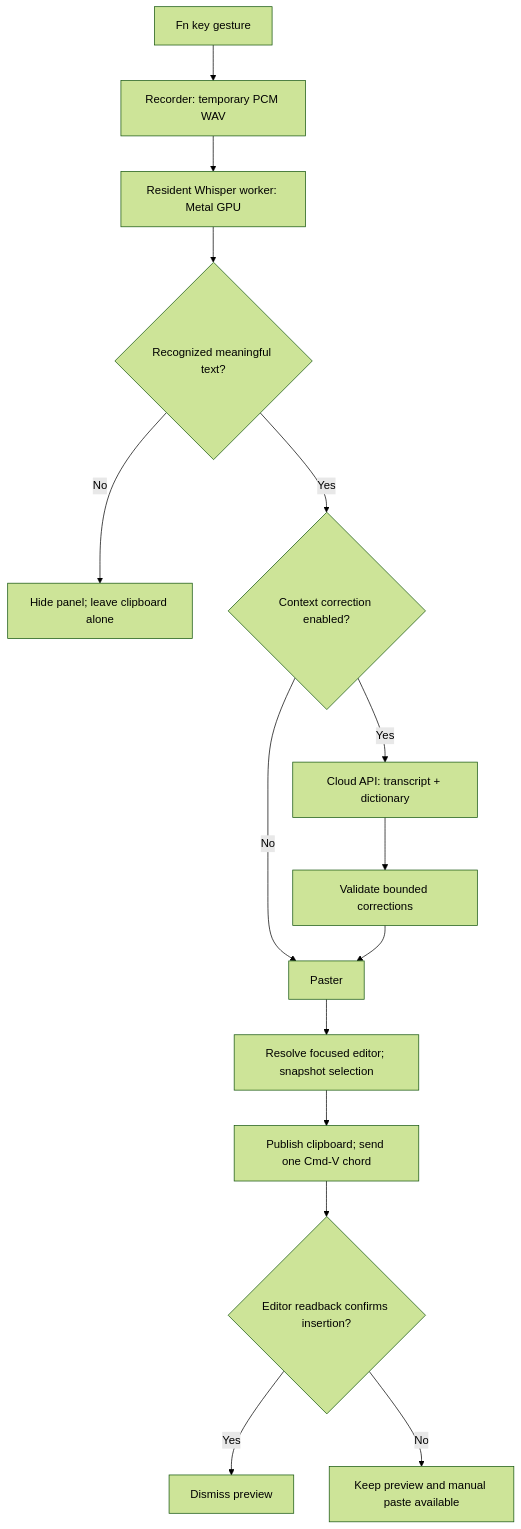
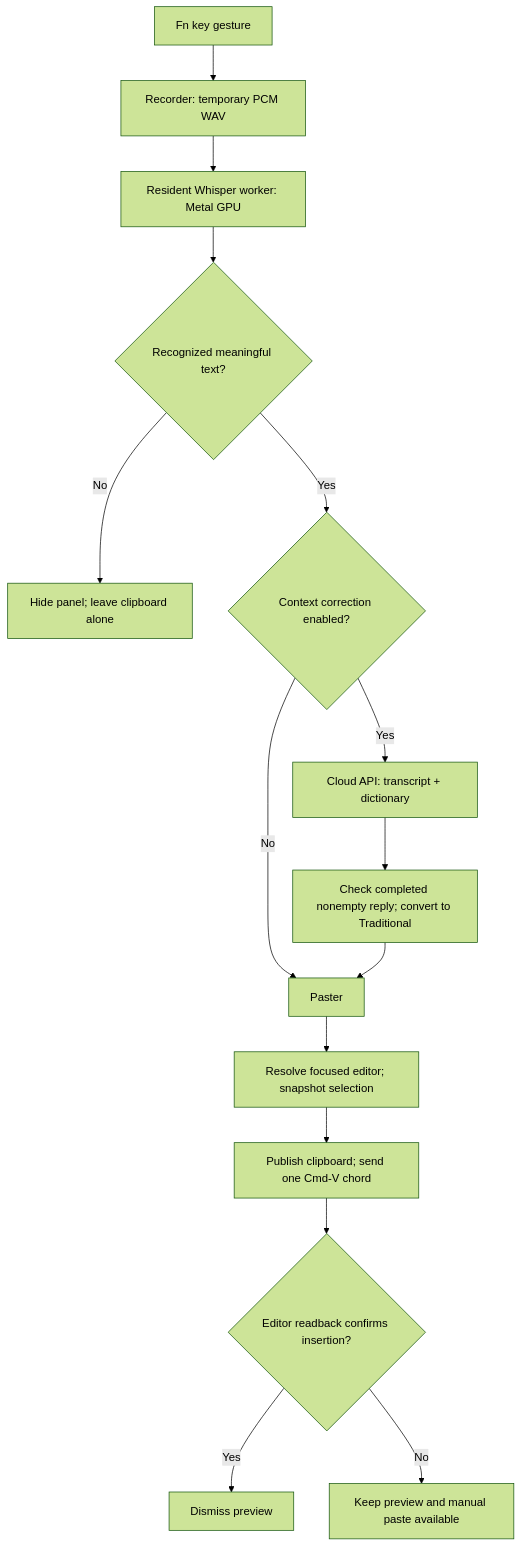
Before and after one commit to 0xedgelessblade/edgelesstype: the diagram in docs/ARCHITECTURE.md, drawn with Mermaid (forest theme). The commit also changed other lines of this file and 31 other files, not shown here.

````diff
--- a/docs/ARCHITECTURE.md
+++ b/docs/ARCHITECTURE.md
@@ -11,17 +11,17 @@
 ```mermaid
 flowchart TD
     A["Fn key gesture"] --> B["Recorder: temporary PCM WAV"]
     B --> C["Resident Whisper worker: Metal GPU"]
     C --> D{"Recognized meaningful text?"}
     D -- No --> E["Hide panel; leave clipboard alone"]
     D -- Yes --> F{"Context correction enabled?"}
     F -- No --> I["Paster"]
     F -- Yes --> G["Cloud API: transcript + dictionary"]
-    G --> H["Validate bounded corrections"]
+    G --> H["Check completed nonempty reply; convert to Traditional"]
     H --> I
     I --> J["Resolve focused editor; snapshot selection"]
     J --> K["Publish clipboard; send one Cmd-V chord"]
     K --> L{"Editor readback confirms insertion?"}
     L -- Yes --> M["Dismiss preview"]
     L -- No --> N["Keep preview and manual paste available"]
 ```
````
